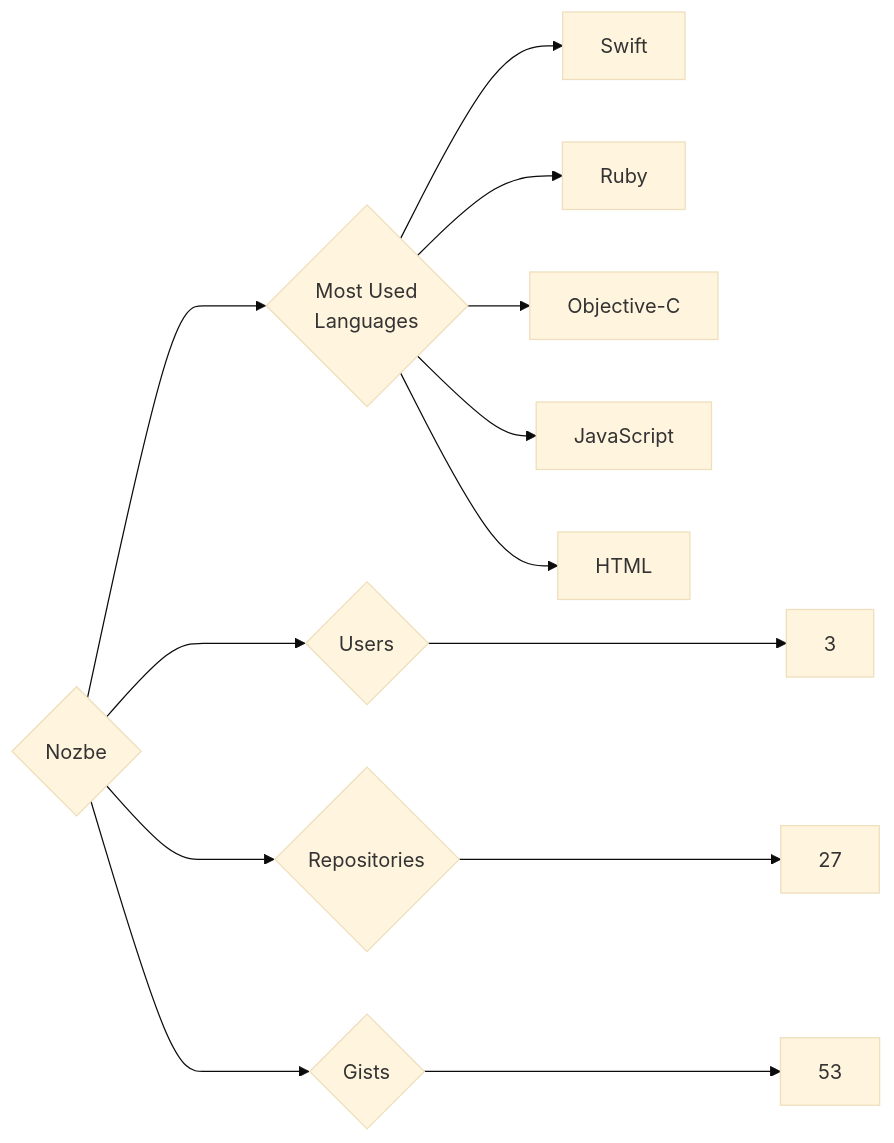
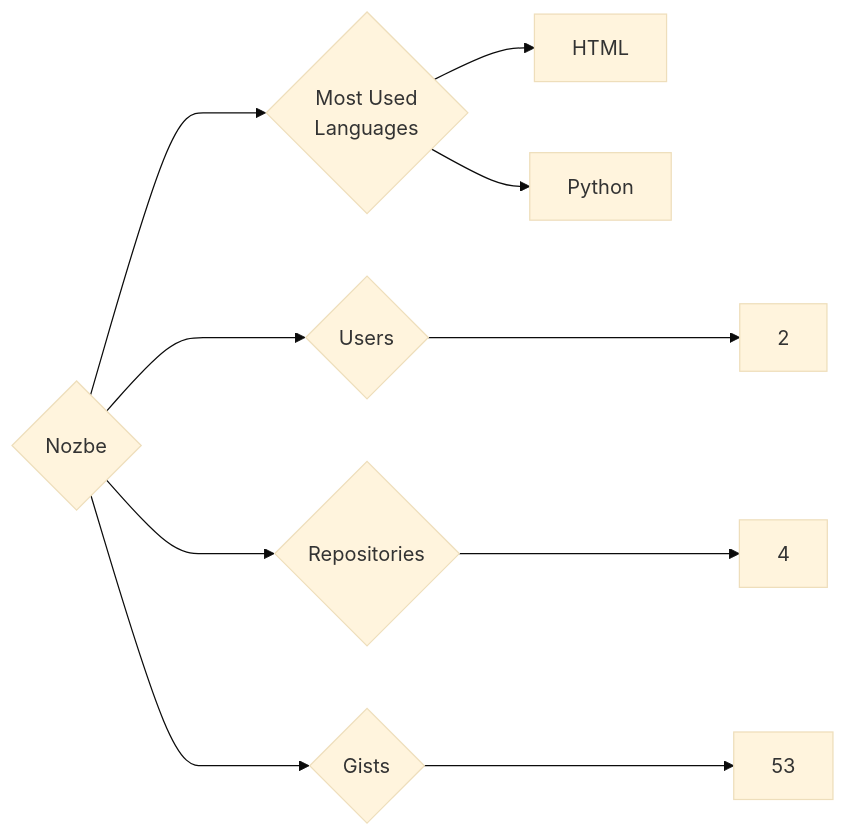
Before and after one commit to trickest/insiders: the diagram in targets/Nozbe/README.md, drawn with Mermaid (base theme). The commit also changed 597 other files, not shown here.

````diff
--- a/targets/Nozbe/README.md
+++ b/targets/Nozbe/README.md
@@ -3,13 +3,10 @@
 ```mermaid
 graph LR
 COMPANY_NAME{Nozbe}
-COMPANY_NAME ---> U{Users} ---> UN[3]
-COMPANY_NAME ---> R{Repositories} ---> RN[27]
+COMPANY_NAME ---> U{Users} ---> UN[2]
+COMPANY_NAME ---> R{Repositories} ---> RN[4]
 COMPANY_NAME ---> G{Gists} ---> GN[53]
 COMPANY_NAME ---> ML{Most Used<br>Languages}
-ML --> Swift[Swift]
-ML --> Ruby[Ruby]
-ML --> Objective-C[Objective-C]
-ML --> JavaScript[JavaScript]
 ML --> HTML[HTML]
+ML --> Python[Python]
 ```
````
